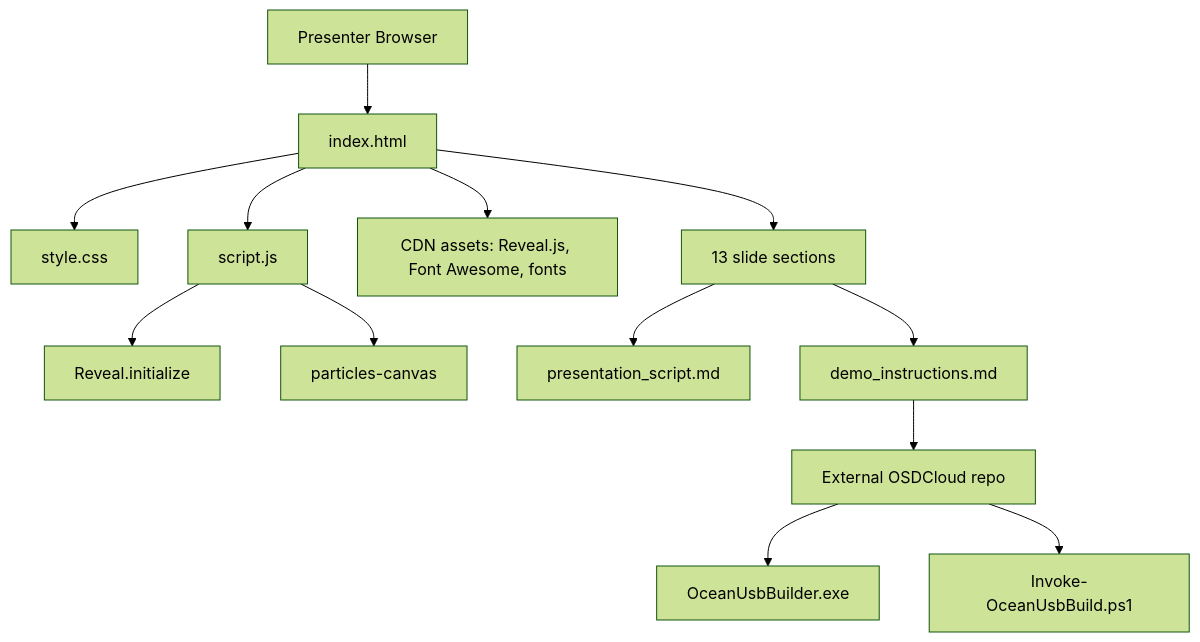
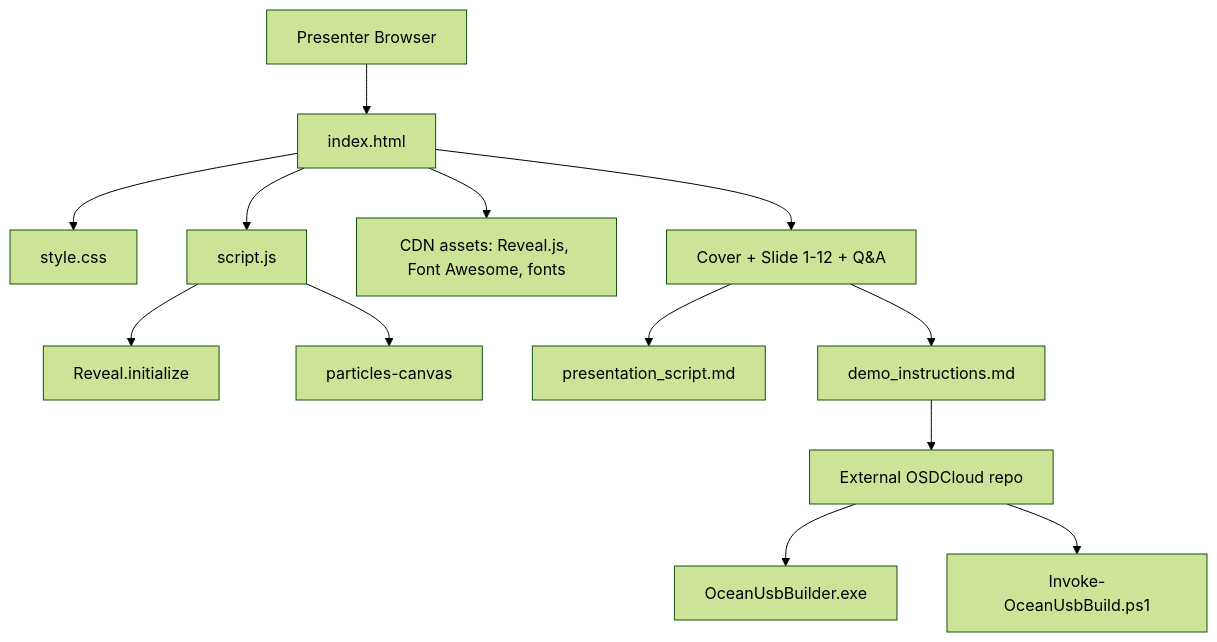
Before and after one commit to Kyo93/AI-Showcase: the first of 2 diagrams in docs/architecture.md, drawn with Mermaid (forest theme). The commit also changed other lines of this file and 44 other files, not shown here.

Commit message:
feat: refine slide deck: cinematic cover, survey command center, Adam thanks slide, GSAP motion system, demo proof media, and style cleanup

````diff
--- a/docs/architecture.md
+++ b/docs/architecture.md
@@ -24,15 +24,15 @@
 ```mermaid
 graph TB
     Presenter["Presenter Browser"] --> HTML["index.html"]
     HTML --> CSS["style.css"]
     HTML --> JS["script.js"]
     HTML --> CDN["CDN assets: Reveal.js, Font Awesome, fonts"]
     JS --> Reveal["Reveal.initialize"]
     JS --> Canvas["particles-canvas"]
-    HTML --> Slides["13 slide sections"]
+    HTML --> Slides["Cover + Slide 1-12 + Q&A"]
     Slides --> SpeakerScript["presentation_script.md"]
     Slides --> DemoRunbook["demo_instructions.md"]
     DemoRunbook --> OSD["External OSDCloud repo"]
     OSD --> WPF["OceanUsbBuilder.exe"]
     OSD --> Engine["Invoke-OceanUsbBuild.ps1"]
 ```
````
